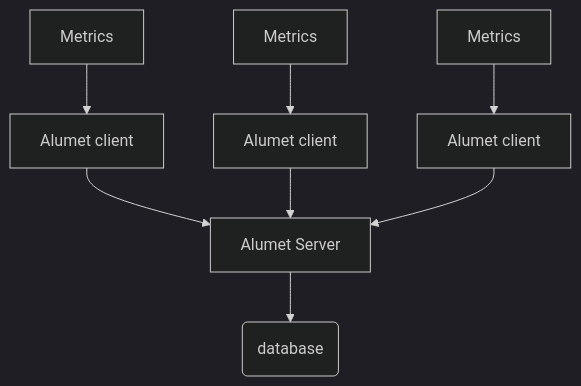
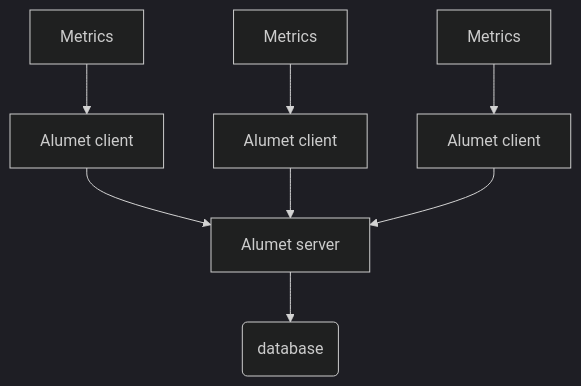
Before and after one commit to alumet-dev/alumet: the diagram in plugins/relay/README.md, drawn with Mermaid (dark theme). The commit also changed other lines of this file, not shown here.

````diff
--- a/plugins/relay/README.md
+++ b/plugins/relay/README.md
@@ -12,10 +14,10 @@
 ```mermaid
 graph TD
 A[Alumet client] --> B(Alumet server);
 C[Metrics] --> A;
 D[Alumet client] --> B(Alumet server);
 E[Metrics] --> D;
 F[Alumet client] --> B(Alumet server);
 G[Metrics] --> F;
-B[Alumet Server] --> Z(database);
+B[Alumet server] --> Z(database);
 ```
````
